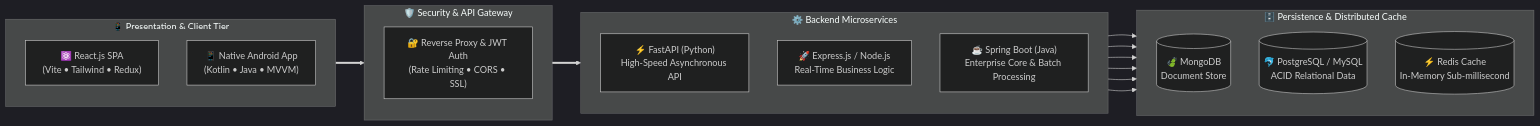
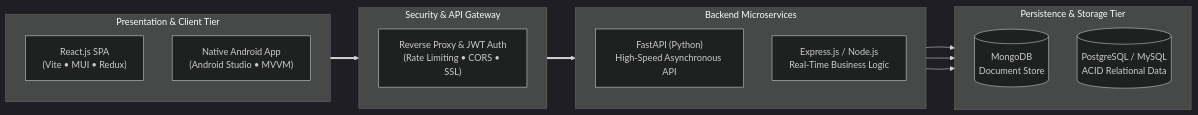
The diagram in README.md (VishnuThangaraj/VishnuThangaraj), drawn with Mermaid (dark theme) before and after one commit. The commit also changed other lines of this file, not shown here.

````diff
--- a/README.md
+++ b/README.md
@@ -134,42 +132,37 @@
 ```mermaid
 flowchart LR
     %% Presentation Tier
-    subgraph Presentation["📱 Presentation & Client Tier"]
+    subgraph Presentation["Presentation & Client Tier"]
         direction TB
-        Web["⚛️ React.js SPA<br/>(Vite • Tailwind • Redux)"]
-        Mobile["📱 Native Android App<br/>(Kotlin • Java • MVVM)"]
+        Web["React.js SPA<br/>(Vite • MUI • Redux)"]
+        Mobile["Native Android App<br/>(Android Studio • MVVM)"]
     end
 
     %% Security & Gateway
-    subgraph Gateway["🛡️ Security & API Gateway"]
+    subgraph Gateway["Security & API Gateway"]
         direction TB
-        Auth["🔐 Reverse Proxy & JWT Auth<br/>(Rate Limiting • CORS • SSL)"]
+        Auth["Reverse Proxy & JWT Auth<br/>(Rate Limiting • CORS • SSL)"]
     end
 
     %% Microservices Tier
-    subgraph Services["⚙️ Backend Microservices"]
+    subgraph Services["Backend Microservices"]
         direction TB
-        FastAPIService["⚡ FastAPI (Python)<br/>High-Speed Asynchronous API"]
-        NodeService["🚀 Express.js / Node.js<br/>Real-Time Business Logic"]
-        SpringBootService["☕ Spring Boot (Java)<br/>Enterprise Core & Batch Processing"]
+        FastAPIService["FastAPI (Python)<br/>High-Speed Asynchronous API"]
+        NodeService["Express.js / Node.js<br/>Real-Time Business Logic"]
     end
 
-    %% Persistence & Cache
-    subgraph Persistence["🗄️ Persistence & Distributed Cache"]
+    %% Persistence Tier
+    subgraph Persistence["Persistence & Storage Tier"]
         direction TB
-        MongoDB[("🍃 MongoDB<br/>Document Store")]
-        RelationalDB[("🐬 PostgreSQL / MySQL<br/>ACID Relational Data")]
-        RedisCache[("⚡ Redis Cache<br/>In-Memory Sub-millisecond")]
+        MongoDB[("MongoDB<br/>Document Store")]
+        RelationalDB[("PostgreSQL / MySQL<br/>ACID Relational Data")]
     end
 
     %% Flow Connections
     Presentation ==> Gateway
     Gateway ==> Services
 
     FastAPIService --> MongoDB
-    FastAPIService --> RedisCache
     NodeService --> MongoDB
-    NodeService --> RedisCache
-    SpringBootService --> RelationalDB
-    SpringBootService --> RedisCache
+    NodeService --> RelationalDB
 ```
````
